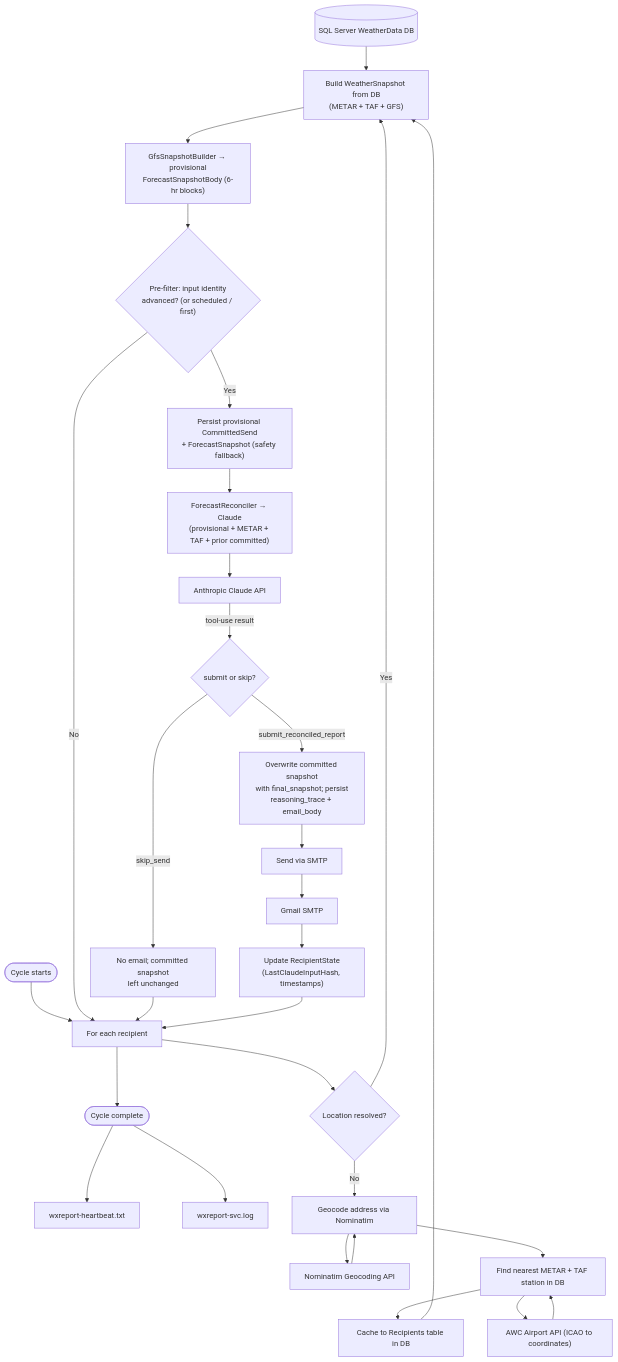
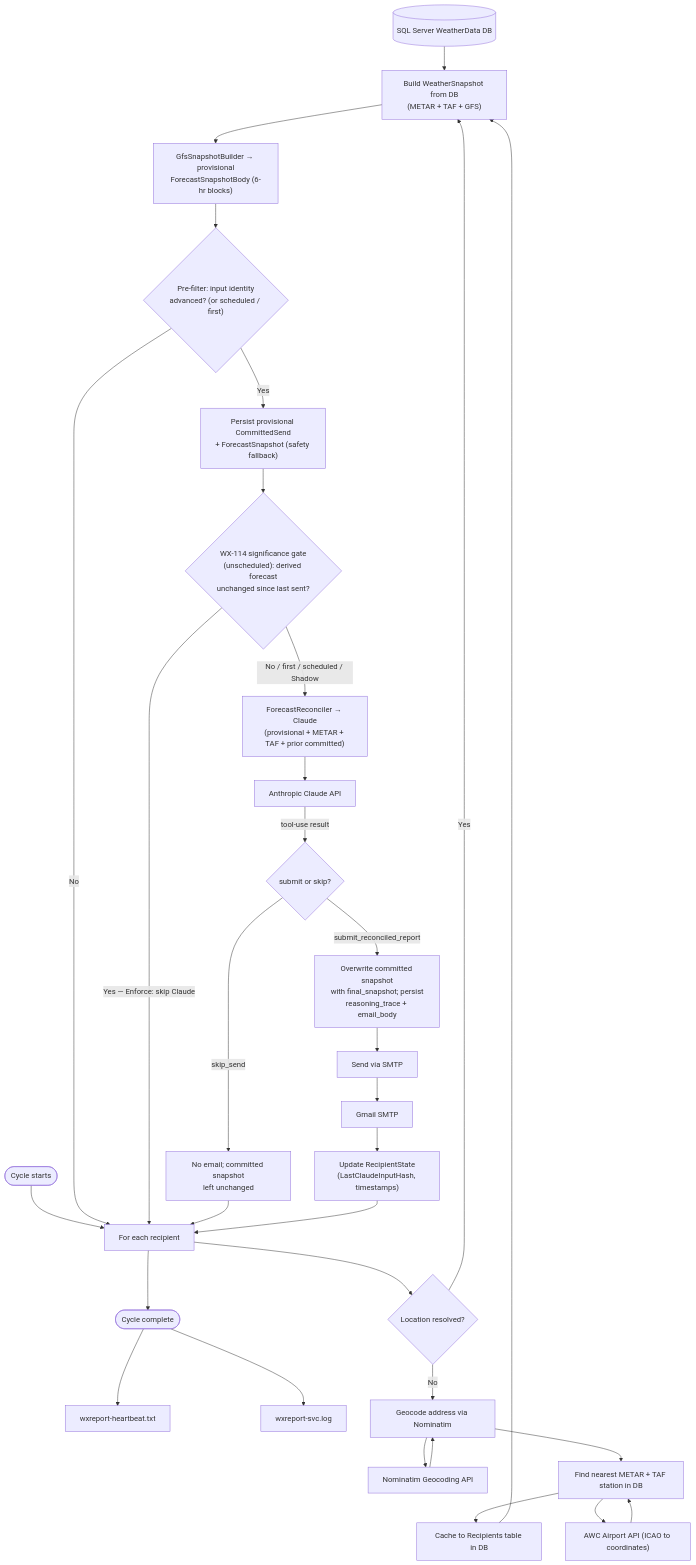
Before and after one commit to PaulHarder2/HarderWare: the fourth of 8 diagrams in WxServices/DESIGN.md, drawn with Mermaid. The commit also changed other lines of this file, not shown here.

Commit message:
WX-114: show SignificanceGate in the WxReport flow diagrams (CodeRabbit)
Both Section 4.2 flowcharts showed the provisional persist flowing straight to
ForecastReconciler → Claude, omitting where the WX-114 gate sits. Add the
significance-gate decision node on the unscheduled path (between the provisional
persist and the Claude call): on Enforce, an unchanged derived forecast skips
the Claude call and returns to the recipient loop; first/scheduled/Shadow and a
changed forecast proceed to reconciliation. Doc-only.

````diff
--- a/WxServices/DESIGN.md
+++ b/WxServices/DESIGN.md
@@ -185,45 +185,47 @@
 ```mermaid
 flowchart TD
     DB[("SQL Server WeatherData DB")]
     NOM["Nominatim Geocoding API"]
     AWC2["AWC Airport API (ICAO to coordinates)"]
     CLAUDE["Anthropic Claude API"]
     SMTP["Gmail SMTP"]
     RHB["wxreport-heartbeat.txt"]
     RLOG["wxreport-svc.log"]
 
     START([Cycle starts]) --> EACH["For each recipient"]
 
     EACH --> RESOLVED{Location resolved?}
     RESOLVED -->|No| GEO["Geocode address via Nominatim"]
     GEO --> NEAREST["Find nearest METAR + TAF station in DB"]
     NEAREST --> CACHE["Cache to Recipients table in DB"]
     CACHE --> SNAP
 
     RESOLVED -->|Yes| SNAP["Build WeatherSnapshot from DB\n(METAR + TAF + GFS)"]
     DB --> SNAP
 
     SNAP --> PROV["GfsSnapshotBuilder → provisional\nForecastSnapshotBody (6-hr blocks)"]
     PROV --> GATE{"Pre-filter: input identity\nadvanced? (or scheduled / first)"}
     GATE -->|No| EACH
     GATE -->|Yes| WRITE["Persist provisional CommittedSend\n+ ForecastSnapshot (safety fallback)"]
-    WRITE --> RECON["ForecastReconciler → Claude\n(provisional + METAR + TAF + prior committed)"]
+    WRITE --> SIGGATE{"WX-114 significance gate\n(unscheduled): derived forecast\nunchanged since last sent?"}
+    SIGGATE -->|"Yes — Enforce: skip Claude"| EACH
+    SIGGATE -->|"No / first / scheduled / Shadow"| RECON["ForecastReconciler → Claude\n(provisional + METAR + TAF + prior committed)"]
     RECON --> CLAUDE
     CLAUDE -->|"tool-use result"| DECIDE{submit or skip?}
     DECIDE -->|skip_send| NOSEND["No email; committed snapshot\nleft unchanged"]
     NOSEND --> EACH
     DECIDE -->|submit_reconciled_report| FINAL["Overwrite committed snapshot\nwith final_snapshot; persist\nreasoning_trace + email_body"]
     FINAL --> EMAIL["Send via SMTP"]
     EMAIL --> SMTP
     SMTP --> STATE["Update RecipientState\n(LastClaudeInputHash, timestamps)"]
     STATE --> EACH
 
     EACH --> DONE([Cycle complete])
     DONE --> RHB
     DONE --> RLOG
 
     GEO --> NOM
     NOM --> GEO
     NEAREST --> AWC2
     AWC2 --> NEAREST
 ```
````
